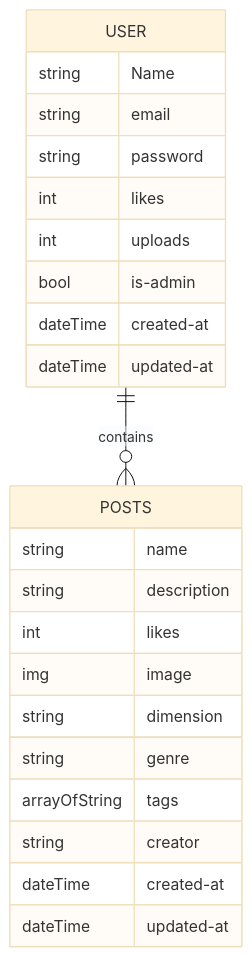
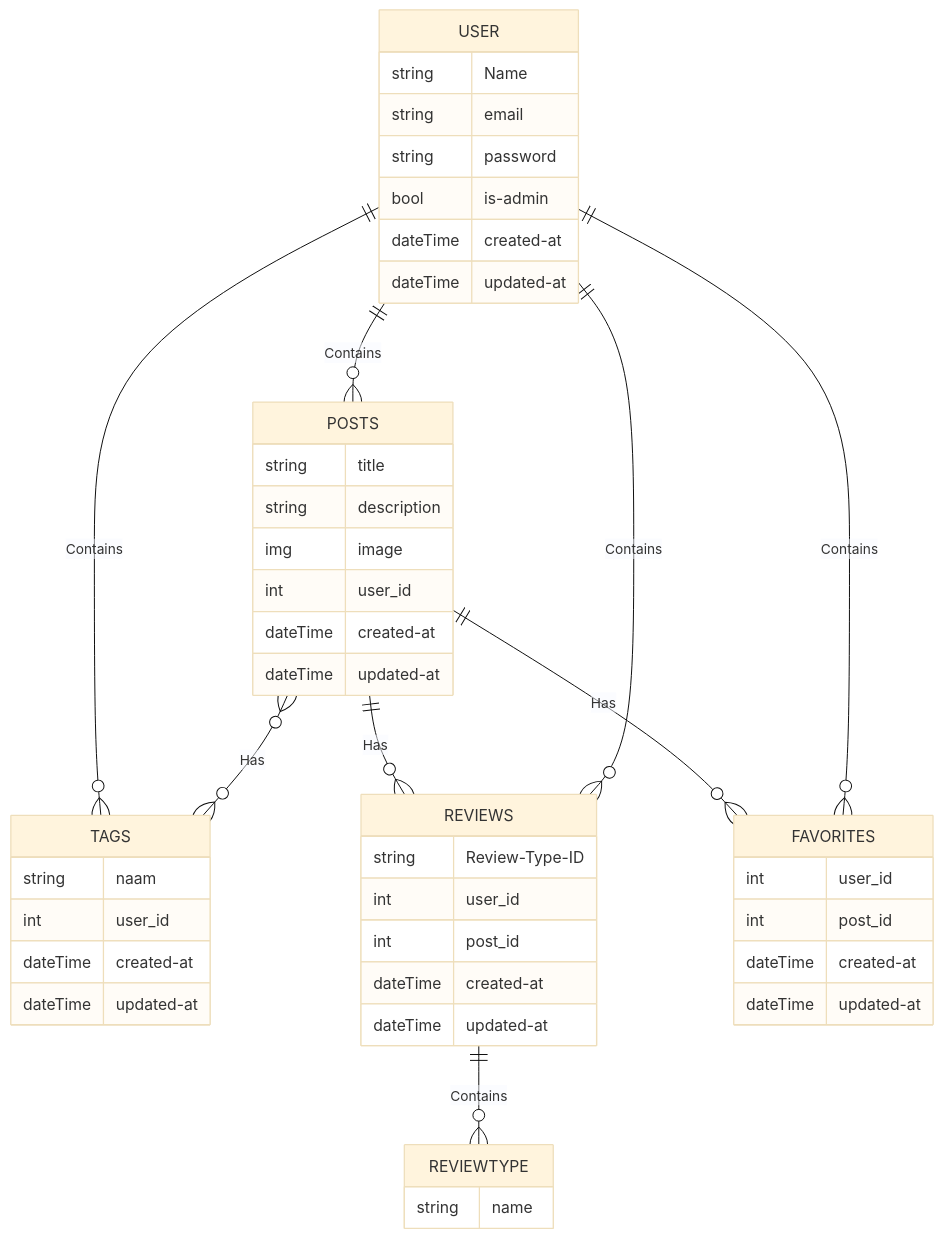
The diagram in README.md (robdewilligen/GamerMaker), drawn with Mermaid (base theme) before and after one commit.

Commit message:
Update README.md
Add ERD

````diff
--- a/README.md
+++ b/README.md
@@ -68,28 +68,54 @@
 ```mermaid
 erDiagram
 
-USER ||--o{ POSTS : contains
+USER ||--o{ POSTS : Contains
+USER ||--o{ TAGS : Contains
+POSTS }o--o{ TAGS: Has
+
+REVIEWS ||--o{ REVIEWTYPE: Contains
+
+POSTS ||--o{ FAVORITES: Has
+USER ||--o{ FAVORITES: Contains
+
+POSTS ||--o{ REVIEWS: Has
+USER ||--o{ REVIEWS: Contains
 
 USER{
     string Name
     string email
     string password
-    int likes
-    int uploads
     bool is-admin
     dateTime created-at
     dateTime updated-at
 }
 POSTS{
-    string name
+    string title
     string description
-    int likes
     img image
-    string dimension
-    string genre
-    arrayOfString tags
-    string creator
+    int user_id
     dateTime created-at
     dateTime updated-at
 }
+TAGS{
+    string naam
+    int user_id
+    dateTime created-at
+    dateTime updated-at
+}
+REVIEWS{
+    string Review-Type-ID
+    int user_id
+    int post_id
+    dateTime created-at
+    dateTime updated-at
+}
+FAVORITES{
+    int user_id
+    int post_id
+    dateTime created-at
+    dateTime updated-at
+}
+REVIEWTYPE{
+    string name
+}
 ```
````
